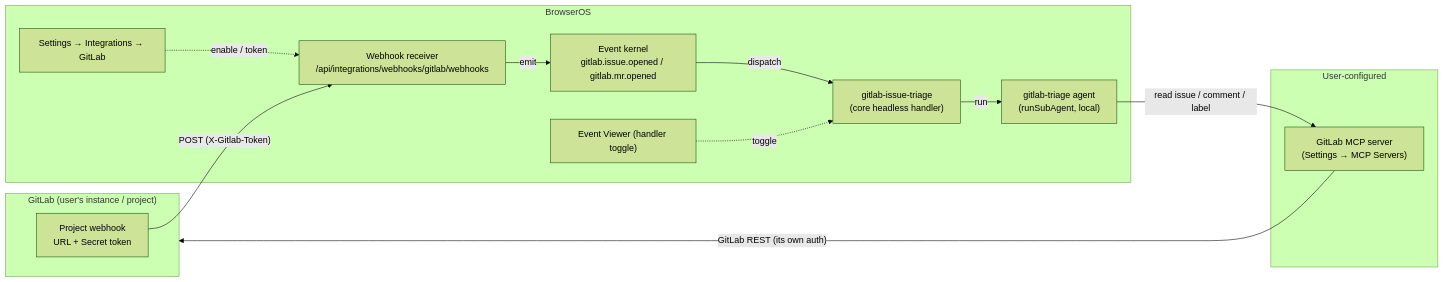
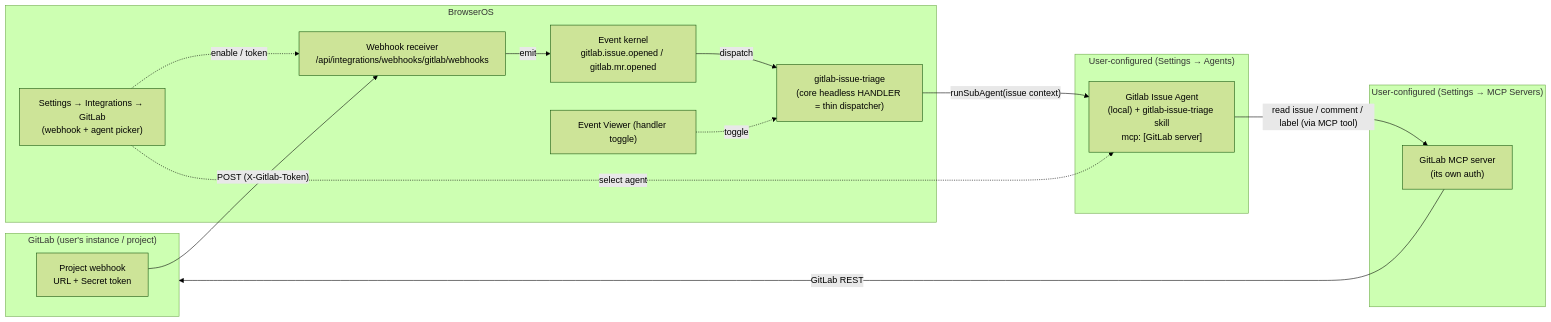
The diagram in integrations/002-gitlab-integration/design.md (vaaale/bos-specs), drawn with Mermaid (forest theme) before and after one commit. The commit also changed other lines of this file, not shown here.

Commit message:
spec: update integrations/002-gitlab-integration/design.md

````diff
--- a/integrations/002-gitlab-integration/design.md
+++ b/integrations/002-gitlab-integration/design.md
@@ -46,25 +54,28 @@
 ```mermaid
 flowchart LR
   subgraph GL["GitLab (user's instance / project)"]
     P["Project webhook<br/>URL + Secret token"]
   end
   subgraph BOS["BrowserOS"]
     R["Webhook receiver<br/>/api/integrations/webhooks/gitlab/webhooks"]
     K["Event kernel<br/>gitlab.issue.opened / gitlab.mr.opened"]
-    H["gitlab-issue-triage<br/>(core headless handler)"]
-    A["gitlab-triage agent<br/>(runSubAgent, local)"]
-    S["Settings → Integrations → GitLab"]
+    H["gitlab-issue-triage<br/>(core headless HANDLER = thin dispatcher)"]
+    S["Settings → Integrations → GitLab<br/>(webhook + agent picker)"]
     V["Event Viewer (handler toggle)"]
   end
-  subgraph MCP["User-configured"]
-    M["GitLab MCP server<br/>(Settings → MCP Servers)"]
+  subgraph AGT["User-configured (Settings → Agents)"]
+    A["Gitlab Issue Agent<br/>(local) + gitlab-issue-triage skill<br/>mcp: [GitLab server]"]
+  end
+  subgraph MCP["User-configured (Settings → MCP Servers)"]
+    M["GitLab MCP server<br/>(its own auth)"]
   end
   P -- "POST (X-Gitlab-Token)" --> R
   R -- "emit" --> K
   K -- "dispatch" --> H
-  H -- "run" --> A
-  A -- "read issue / comment / label" --> M
-  M -- "GitLab REST (its own auth)" --> GL
+  H -- "runSubAgent(issue context)" --> A
+  A -- "read issue / comment / label (via MCP tool)" --> M
+  M -- "GitLab REST" --> GL
   S -. enable / token .-> R
+  S -. select agent .-> A
   V -. toggle .-> H
 ```
````
